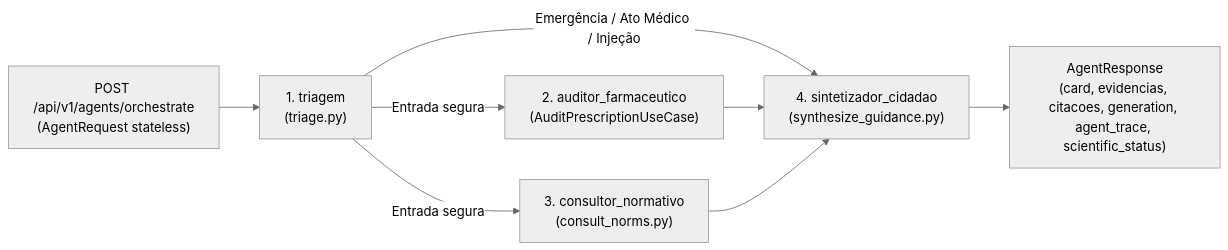
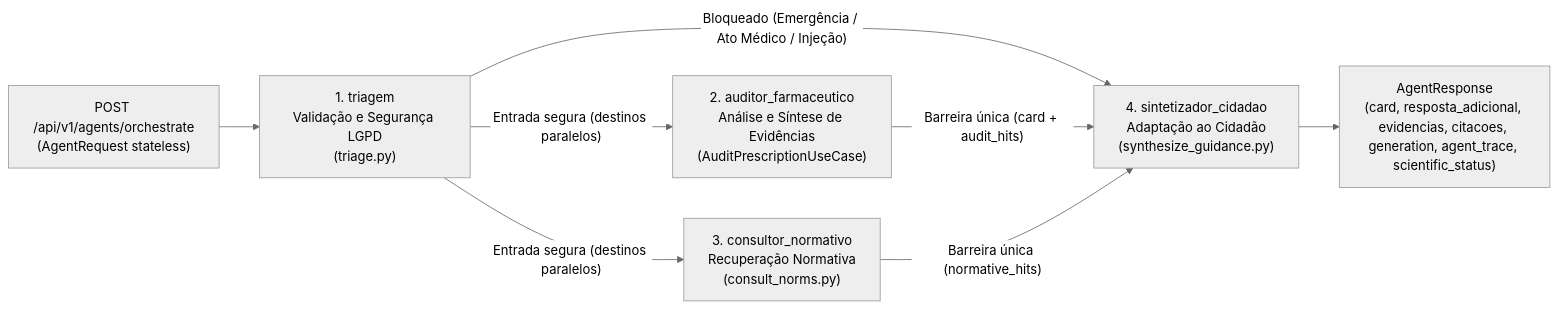
One commit to DESAFIO-2/development changed the diagram in docs/entregaveis_semana4_multiagentes.md. Above: the diagram before and after it, drawn with Mermaid (neutral theme). The commit also changed other lines of this file and 47 other files, not shown here.

````diff
--- a/docs/entregaveis_semana4_multiagentes.md
+++ b/docs/entregaveis_semana4_multiagentes.md
@@ -11,10 +12,10 @@
 ```mermaid
 flowchart LR
-    REQ["POST /api/v1/agents/orchestrate<br/>(AgentRequest stateless)"] --> TRI["1. triagem<br/>(triage.py)"]
-    TRI -- "Emergência / Ato Médico / Injeção" --> SYN["4. sintetizador_cidadao<br/>(synthesize_guidance.py)"]
-    TRI -- "Entrada segura" --> AUD["2. auditor_farmaceutico<br/>(AuditPrescriptionUseCase)"]
-    TRI -- "Entrada segura" --> CON["3. consultor_normativo<br/>(consult_norms.py)"]
-    AUD --> SYN
-    CON --> SYN
-    SYN --> RESP["AgentResponse<br/>(card, evidencias, citacoes, generation, agent_trace, scientific_status)"]
+    REQ["POST /api/v1/agents/orchestrate<br/>(AgentRequest stateless)"] --> TRI["1. triagem<br/>Validação e Segurança LGPD<br/>(triage.py)"]
+    TRI -- "Bloqueado (Emergência / Ato Médico / Injeção)" --> SYN["4. sintetizador_cidadao<br/>Adaptação ao Cidadão<br/>(synthesize_guidance.py)"]
+    TRI -- "Entrada segura (destinos paralelos)" --> AUD["2. auditor_farmaceutico<br/>Análise e Síntese de Evidências<br/>(AuditPrescriptionUseCase)"]
+    TRI -- "Entrada segura (destinos paralelos)" --> CON["3. consultor_normativo<br/>Recuperação Normativa<br/>(consult_norms.py)"]
+    AUD -- "Barreira única (card + audit_hits)" --> SYN
+    CON -- "Barreira única (normative_hits)" --> SYN
+    SYN --> RESP["AgentResponse<br/>(card, resposta_adicional, evidencias, citacoes, generation, agent_trace, scientific_status)"]
 ```
````
